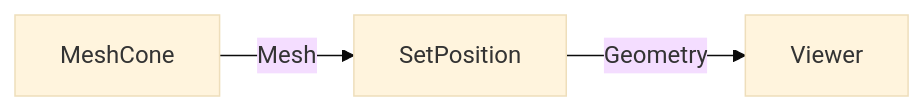
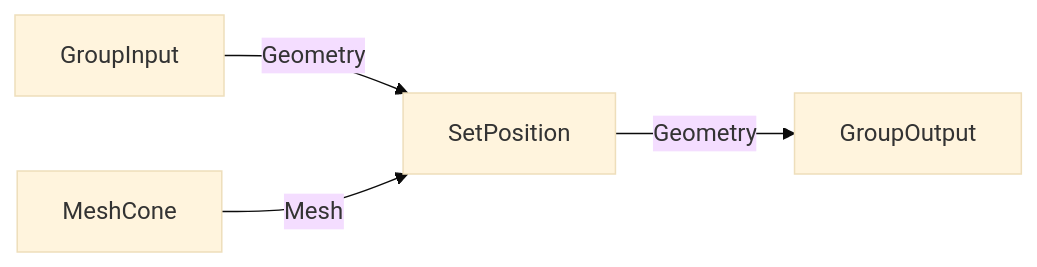
One commit to alexicon3000/blender-gn-automation-toolkit changed the diagram in LLM‑DRIVEN GEOMETRY‑NODES WORKFLOW — v5‑MERMAID.md. Above: the diagram before and after it, drawn with Mermaid (base theme). The commit also changed other lines of this file and 1 other file, not shown here.

First line of the commit message:
docs: update mermaid guidance and samples

````diff
--- a/LLM‑DRIVEN GEOMETRY‑NODES WORKFLOW — v5‑MERMAID.md
+++ b/LLM‑DRIVEN GEOMETRY‑NODES WORKFLOW — v5‑MERMAID.md
@@ -33,5 +34,6 @@
 ```mermaid
 flowchart LR
-  n1["MeshCone"] --> |Mesh| n2["SetPosition"]
-  n2 --> |Geometry| n3["Viewer"]
+  gi["GroupInput"] --> |Geometry| n2["SetPosition"]
+  n1["MeshCone"] --> |Mesh| n2
+  n2 --> |Geometry| go["GroupOutput"]
 ```
````
